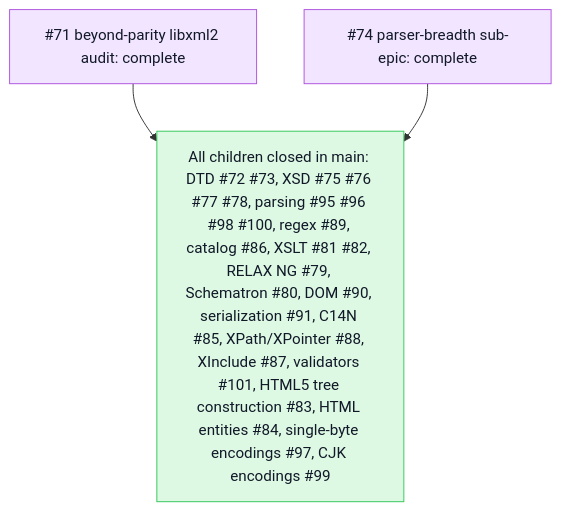
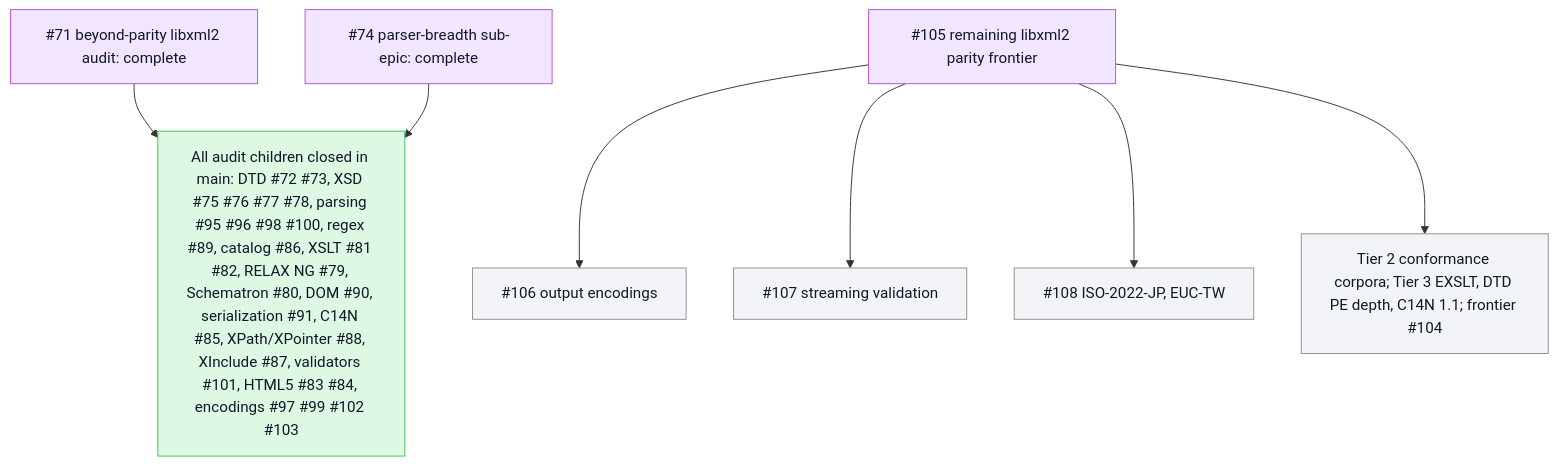
The second of 2 diagrams in README.md (mihaelamj/PureXML), drawn with Mermaid before and after one commit. The commit also changed other lines of this file, not shown here.

Commit message:
docs(roadmap): track the remaining libxml2 parity frontier under #105

````diff
--- a/README.md
+++ b/README.md
@@ -74,12 +76,21 @@
 ```mermaid
 flowchart TB
   classDef done fill:#ddf9e4,stroke:#34c759,color:#111827
   classDef review fill:#fff7d6,stroke:#ffcc00,color:#111827
   classDef epic fill:#f2e5ff,stroke:#af52de,color:#111827
   classDef todo fill:#f2f4f7,stroke:#8e8e93,color:#111827
   Epic71["#71 beyond-parity libxml2 audit: complete"]:::epic
   Epic74["#74 parser-breadth sub-epic: complete"]:::epic
-  Done["All children closed in main: DTD #72 #73, XSD #75 #76 #77 #78, parsing #95 #96 #98 #100, regex #89, catalog #86, XSLT #81 #82, RELAX NG #79, Schematron #80, DOM #90, serialization #91, C14N #85, XPath/XPointer #88, XInclude #87, validators #101, HTML5 tree construction #83, HTML entities #84, single-byte encodings #97, CJK encodings #99"]:::done
+  Done["All audit children closed in main: DTD #72 #73, XSD #75 #76 #77 #78, parsing #95 #96 #98 #100, regex #89, catalog #86, XSLT #81 #82, RELAX NG #79, Schematron #80, DOM #90, serialization #91, C14N #85, XPath/XPointer #88, XInclude #87, validators #101, HTML5 #83 #84, encodings #97 #99 #102 #103"]:::done
   Epic71 --> Done
   Epic74 --> Done
+  Epic105["#105 remaining libxml2 parity frontier"]:::epic
+  OutEnc["#106 output encodings"]:::todo
+  StreamVal["#107 streaming validation"]:::todo
+  MoreEnc["#108 ISO-2022-JP, EUC-TW"]:::todo
+  Depth["Tier 2 conformance corpora; Tier 3 EXSLT, DTD PE depth, C14N 1.1; frontier #104"]:::todo
+  Epic105 --> OutEnc
+  Epic105 --> StreamVal
+  Epic105 --> MoreEnc
+  Epic105 --> Depth
 ```
````
